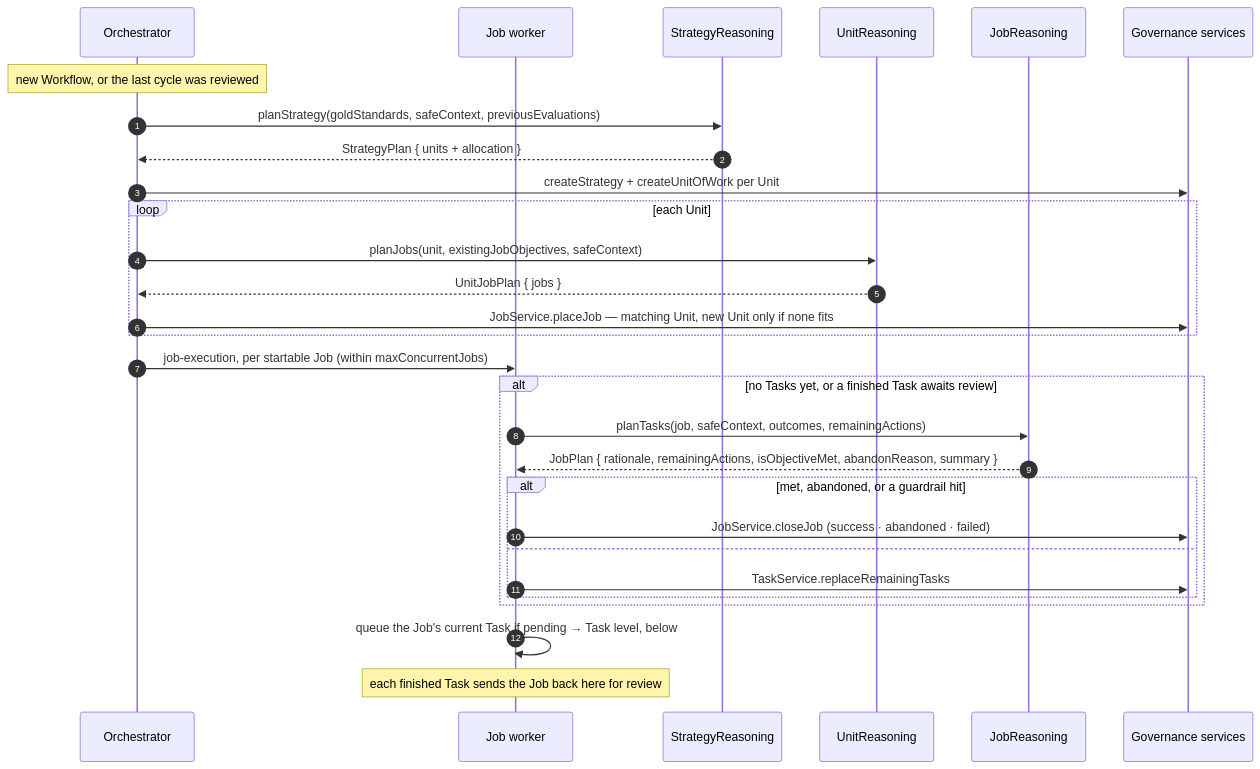
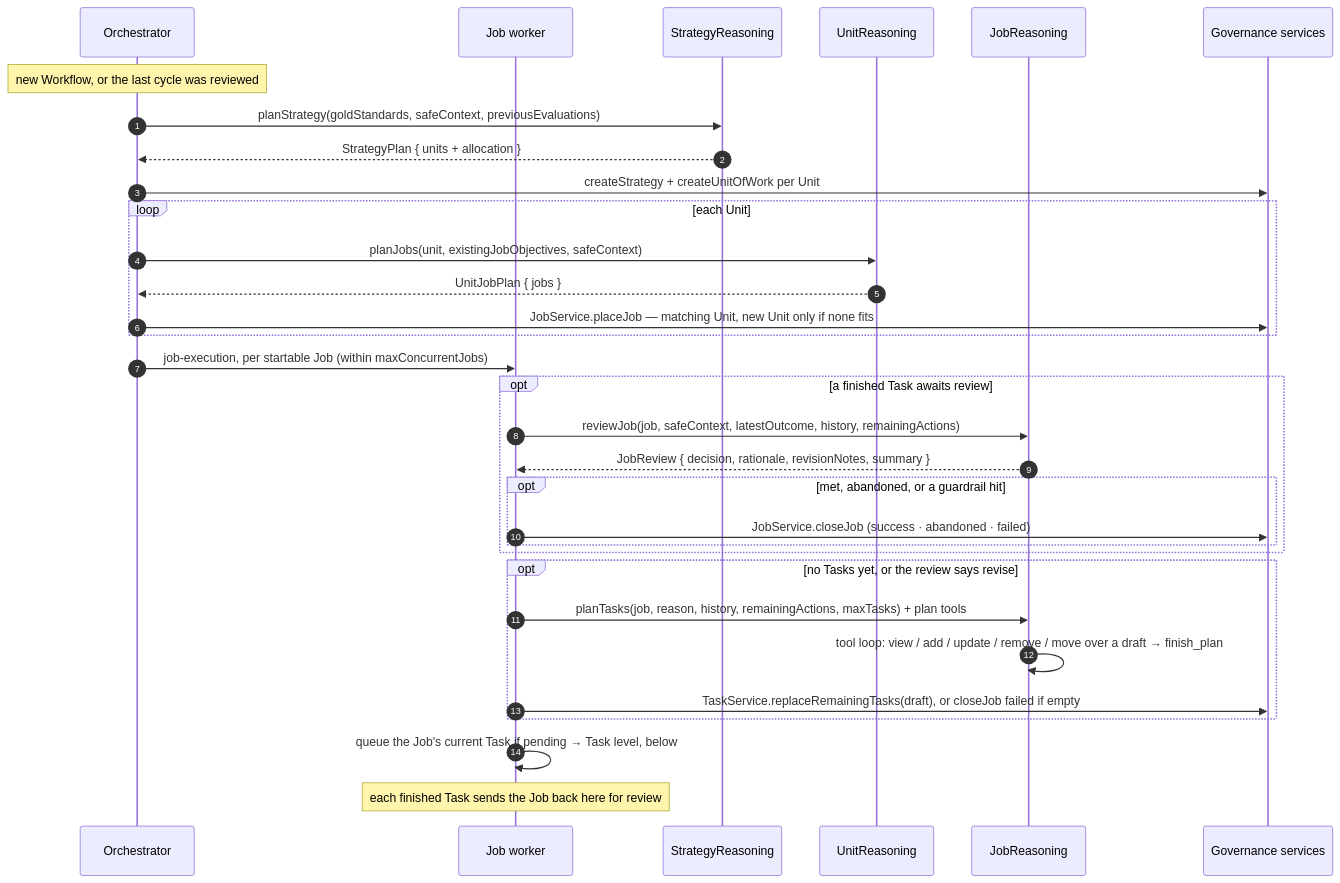
Before and after one commit to BaraaSoft/agentcores: the second of 5 diagrams in packages/backend/src/reasoning/tech-spec.md, drawn with Mermaid. The commit also changed other lines of this file and 21 other files, not shown here.

First line of the commit message:
Refactor job execution and reasoning processes for enhanced task management

````diff
--- a/packages/backend/src/reasoning/tech-spec.md
+++ b/packages/backend/src/reasoning/tech-spec.md
@@ -95,32 +95,35 @@
 ```mermaid
 sequenceDiagram
     autonumber
     participant O as Orchestrator
     participant JW as Job worker
     participant S as StrategyReasoning
     participant U as UnitReasoning
     participant J as JobReasoning
     participant DB as Governance services
 
     Note over O: new Workflow, or the last cycle was reviewed
     O->>S: planStrategy(goldStandards, safeContext, previousEvaluations)
     S-->>O: StrategyPlan { units + allocation }
     O->>DB: createStrategy + createUnitOfWork per Unit
     loop each Unit
         O->>U: planJobs(unit, existingJobObjectives, safeContext)
         U-->>O: UnitJobPlan { jobs }
         O->>DB: JobService.placeJob — matching Unit, new Unit only if none fits
     end
     O->>JW: job-execution, per startable Job (within maxConcurrentJobs)
-    alt no Tasks yet, or a finished Task awaits review
-        JW->>J: planTasks(job, safeContext, outcomes, remainingActions)
-        J-->>JW: JobPlan { rationale, remainingActions, isObjectiveMet, abandonReason, summary }
-        alt met, abandoned, or a guardrail hit
+    opt a finished Task awaits review
+        JW->>J: reviewJob(job, safeContext, latestOutcome, history, remainingActions)
+        J-->>JW: JobReview { decision, rationale, revisionNotes, summary }
+        opt met, abandoned, or a guardrail hit
             JW->>DB: JobService.closeJob (success · abandoned · failed)
-        else
-            JW->>DB: TaskService.replaceRemainingTasks
         end
+    end
+    opt no Tasks yet, or the review says revise
+        JW->>J: planTasks(job, reason, history, remainingActions, maxTasks) + plan tools
+        J->>J: tool loop: view / add / update / remove / move over a draft → finish_plan
+        JW->>DB: TaskService.replaceRemainingTasks(draft), or closeJob failed if empty
     end
     JW->>JW: queue the Job's current Task if pending → Task level, below
     Note over JW: each finished Task sends the Job back here for review
 ```
````
